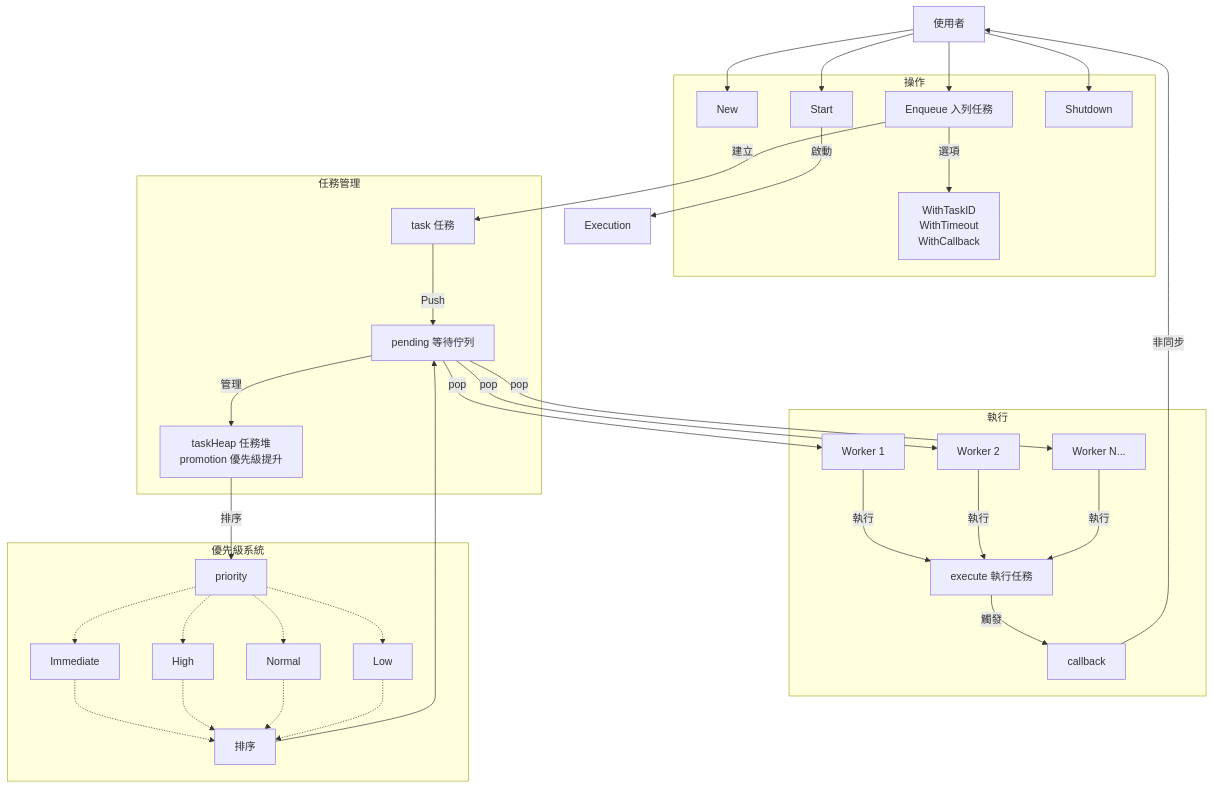
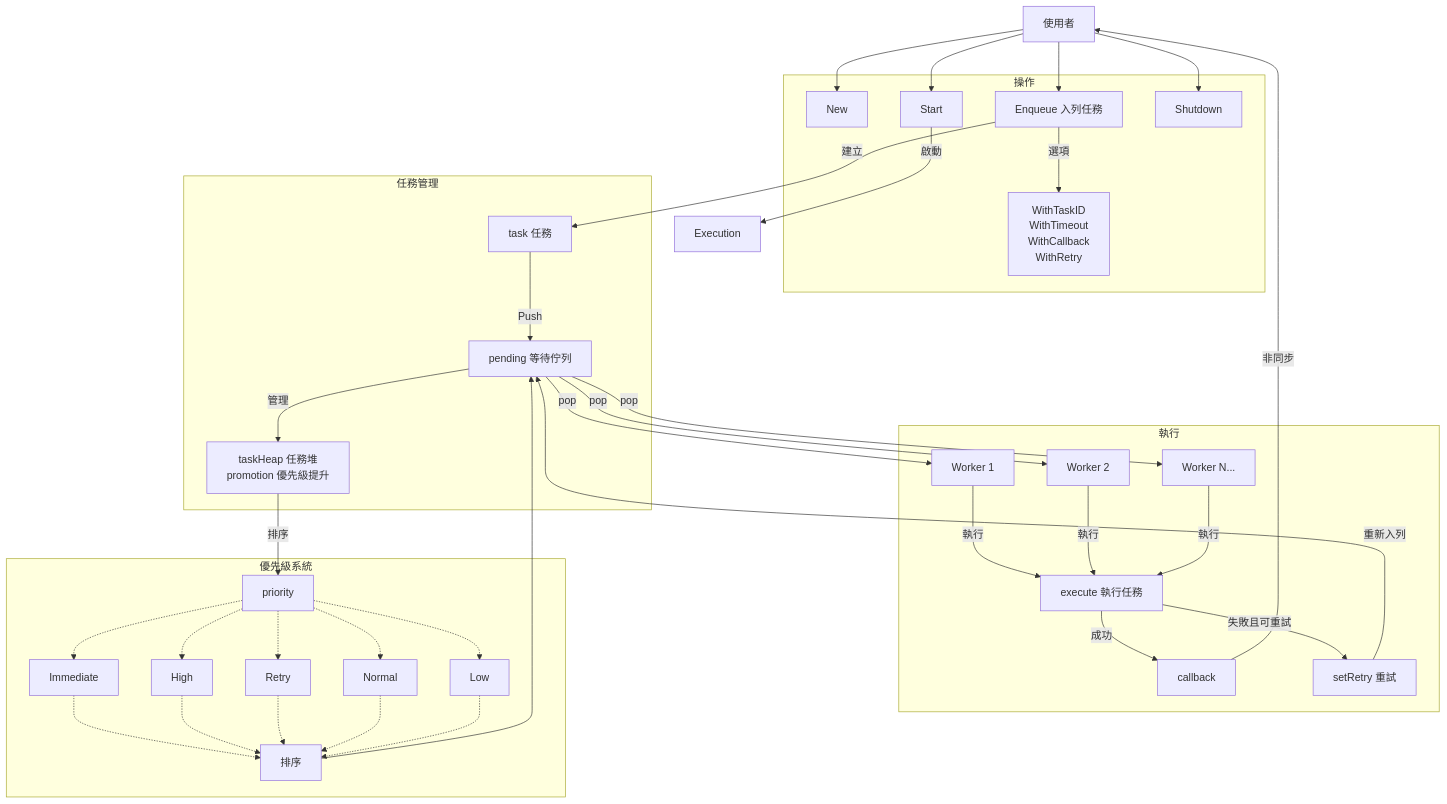
Before and after one commit to pardnchiu/go-queue: the first of 3 diagrams in README.zh.md, drawn with Mermaid. The commit also changed other lines of this file and 5 other files, not shown here.

````diff
--- a/README.zh.md
+++ b/README.zh.md
@@ -51,72 +54,78 @@
 ```mermaid
 graph TB
   User[使用者]
 
   subgraph "操作"
     New[New]
     Start[Start]
     Enqueue[Enqueue 入列任務]
     Close[Shutdown]
-    Options[WithTaskID<br>WithTimeout<br>WithCallback]
+    Options[WithTaskID<br>WithTimeout<br>WithCallback<br>WithRetry]
   end
 
   subgraph "任務管理"
     Pending[pending 等待佇列]
     TaskHeap[taskHeap 任務堆<br>promotion 優先級提升]
     Task[task 任務]
   end
 
   subgraph "執行"
     Worker1[Worker 1]
     Worker2[Worker 2]
     WorkerN[Worker N...]
     Execute[execute 執行任務]
     Callback[callback]
+    Retry[setRetry 重試]
   end
 
   subgraph "優先級系統"
     Priority[priority]
     Immediate[Immediate]
     High[High]
+    RetryPri[Retry]
     Normal[Normal]
     Low[Low]
     InsertAt[排序]
   end
 
   User --> New
   User --> Start
   User --> Enqueue
   User --> Close
 
   Callback --> |非同步| User
 
   Start -->|啟動| Execution
 
   Enqueue -->|選項| Options
   Enqueue -->|建立| Task
   Task -->|Push| Pending
   
   Pending -->|管理| TaskHeap
   InsertAt --> Pending
   TaskHeap -->|排序| Priority
 
   Priority -.-> Immediate
   Priority -.-> High
+  Priority -.-> RetryPri
   Priority -.-> Normal
   Priority -.-> Low
 
   Immediate -.-> InsertAt
   High -.-> InsertAt
+  RetryPri -.-> InsertAt
   Normal -.-> InsertAt
   Low -.-> InsertAt
 
   Pending --> |pop| Worker1
   Pending --> |pop| Worker2
   Pending --> |pop| WorkerN
 
   Worker1 -->|執行| Execute
   Worker2 -->|執行| Execute
   WorkerN -->|執行| Execute
 
-  Execute -->|觸發| Callback
+  Execute -->|成功| Callback
+  Execute -->|失敗且可重試| Retry
+  Retry -->|重新入列| Pending
 ```
````
